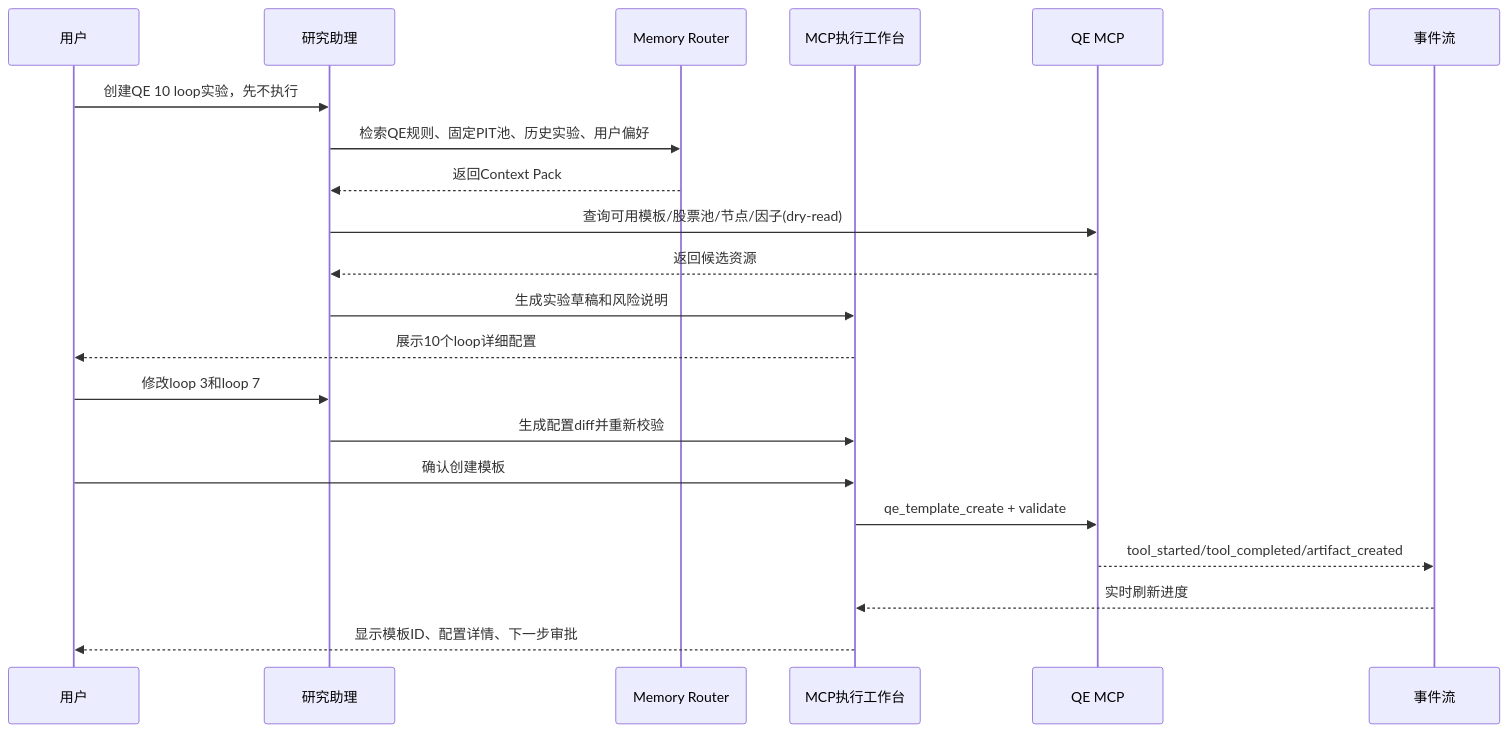
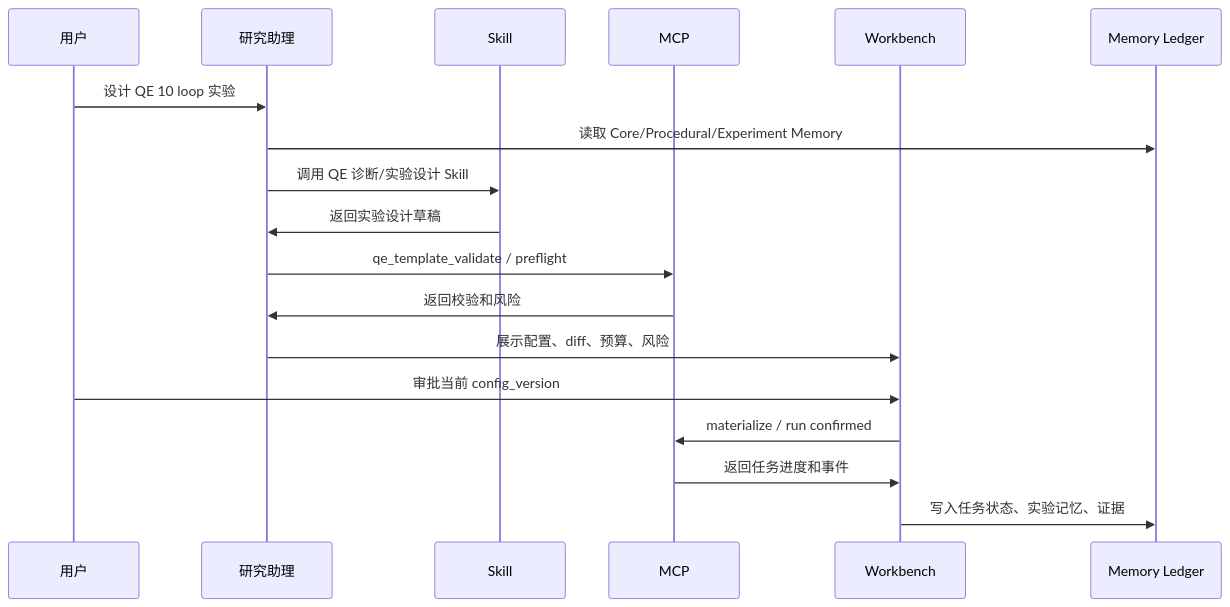
The second of 2 diagrams in docs/architecture/aistock_research_agent_console_design_20260520.md (licong01-cloud/AIstock), drawn with Mermaid before and after one commit. The commit also changed other lines of this file and 1 other file, not shown here.

````diff
--- a/docs/architecture/aistock_research_agent_console_design_20260520.md
+++ b/docs/architecture/aistock_research_agent_console_design_20260520.md
@@ -553,24 +345,21 @@
 ```mermaid
 sequenceDiagram
     participant U as 用户
     participant A as 研究助理
-    participant M as Memory Router
-    participant W as MCP执行工作台
-    participant Q as QE MCP
-    participant E as 事件流
+    participant S as Skill
+    participant M as MCP
+    participant W as Workbench
+    participant Mem as Memory Ledger
 
-    U->>A: 创建QE 10 loop实验，先不执行
-    A->>M: 检索QE规则、固定PIT池、历史实验、用户偏好
-    M-->>A: 返回Context Pack
-    A->>Q: 查询可用模板/股票池/节点/因子(dry-read)
-    Q-->>A: 返回候选资源
-    A->>W: 生成实验草稿和风险说明
-    W-->>U: 展示10个loop详细配置
-    U->>A: 修改loop 3和loop 7
-    A->>W: 生成配置diff并重新校验
-    U->>W: 确认创建模板
-    W->>Q: qe_template_create + validate
-    Q-->>E: tool_started/tool_completed/artifact_created
-    E-->>W: 实时刷新进度
-    W-->>U: 显示模板ID、配置详情、下一步审批
+    U->>A: 设计 QE 10 loop 实验
+    A->>Mem: 读取 Core/Procedural/Experiment Memory
+    A->>S: 调用 QE 诊断/实验设计 Skill
+    S->>A: 返回实验设计草稿
+    A->>M: qe_template_validate / preflight
+    M->>A: 返回校验和风险
+    A->>W: 展示配置、diff、预算、风险
+    U->>W: 审批当前 config_version
+    W->>M: materialize / run confirmed
+    M->>W: 返回任务进度和事件
+    W->>Mem: 写入任务状态、实验记忆、证据
 ```
````
